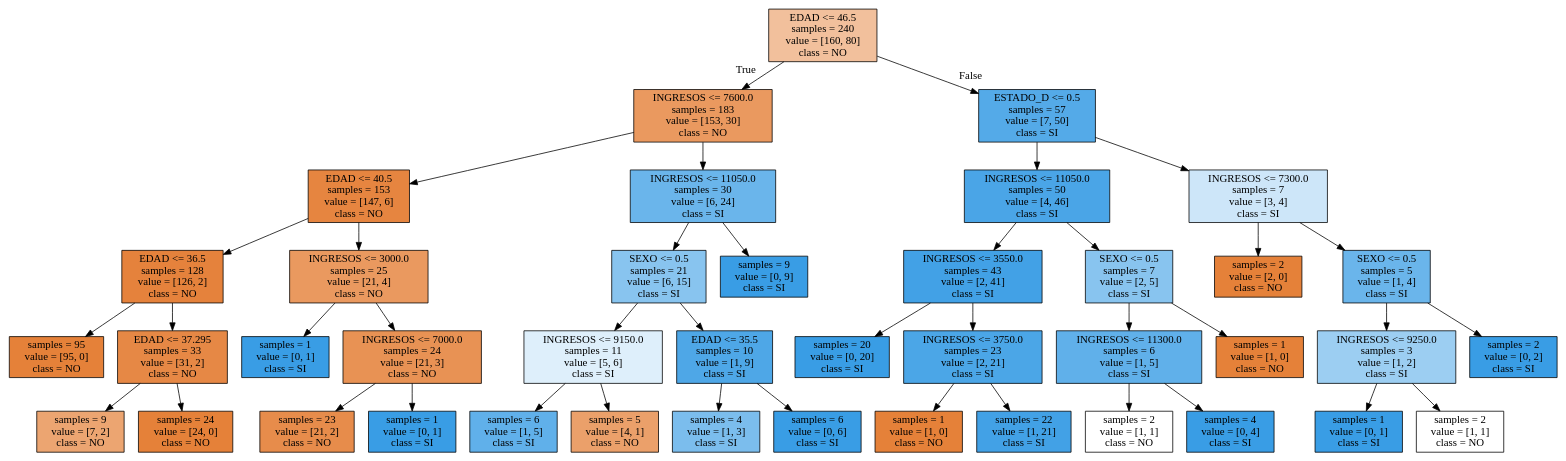
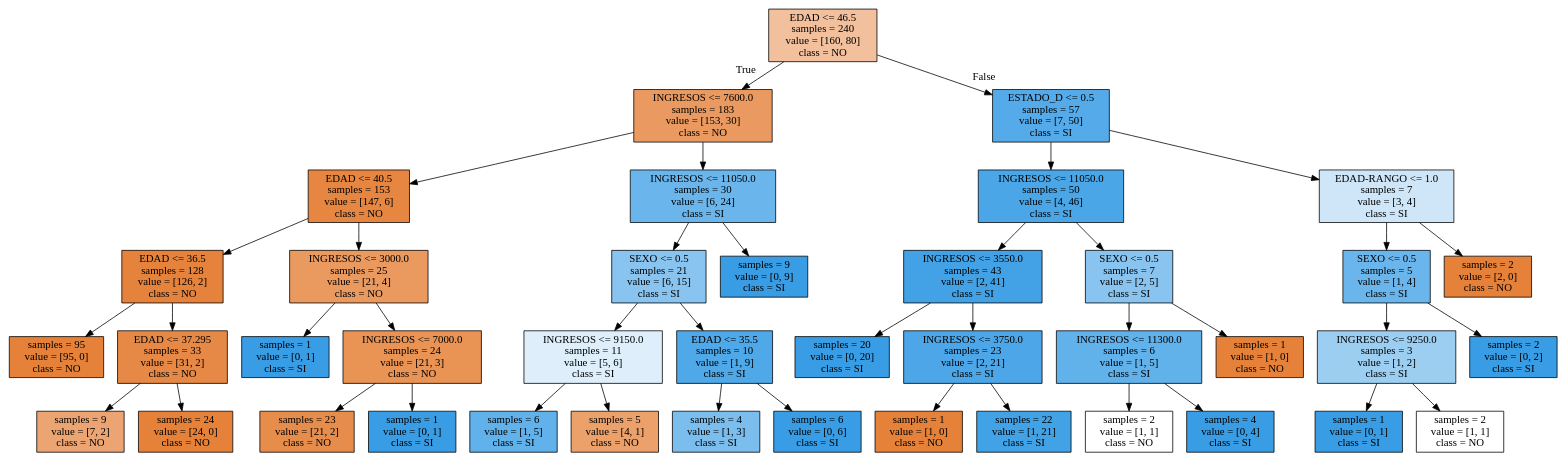
Before and after one commit to kendalvictor/tests_courses_research: the diagram in courses - workshops/Full Stack/arbol.dot, drawn with Graphviz. The commit also changed 35 other files, not shown here.

```diff
--- a/courses - workshops/Full Stack/arbol.dot
+++ b/courses - workshops/Full Stack/arbol.dot
@@ -1,84 +1,84 @@
 digraph Tree {
 node [shape=box, style="filled", color="black"] ;
-0 [label="EDAD <= 46.5\nsamples = 240\nvalue = [160, 80]\nclass = NO", fillcolor="#e581397f"] ;
-1 [label="INGRESOS <= 7600.0\nsamples = 183\nvalue = [153, 30]\nclass = NO", fillcolor="#e58139cd"] ;
+0 [label="EDAD <= 46.5\nsamples = 240\nvalue = [160, 80]\nclass = NO", fillcolor="#f2c09c"] ;
+1 [label="INGRESOS <= 7600.0\nsamples = 183\nvalue = [153, 30]\nclass = NO", fillcolor="#ea9a60"] ;
 0 -> 1 [labeldistance=2.5, labelangle=45, headlabel="True"] ;
-2 [label="EDAD <= 40.5\nsamples = 153\nvalue = [147, 6]\nclass = NO", fillcolor="#e58139f5"] ;
+2 [label="EDAD <= 40.5\nsamples = 153\nvalue = [147, 6]\nclass = NO", fillcolor="#e68641"] ;
 1 -> 2 ;
-3 [label="EDAD <= 36.5\nsamples = 128\nvalue = [126, 2]\nclass = NO", fillcolor="#e58139fb"] ;
+3 [label="EDAD <= 36.5\nsamples = 128\nvalue = [126, 2]\nclass = NO", fillcolor="#e5833c"] ;
 2 -> 3 ;
-4 [label="samples = 95\nvalue = [95, 0]\nclass = NO", fillcolor="#e58139ff"] ;
+4 [label="samples = 95\nvalue = [95, 0]\nclass = NO", fillcolor="#e58139"] ;
 3 -> 4 ;
-5 [label="EDAD <= 37.295\nsamples = 33\nvalue = [31, 2]\nclass = NO", fillcolor="#e58139ef"] ;
+5 [label="EDAD <= 37.295\nsamples = 33\nvalue = [31, 2]\nclass = NO", fillcolor="#e78946"] ;
 3 -> 5 ;
-6 [label="samples = 9\nvalue = [7, 2]\nclass = NO", fillcolor="#e58139b6"] ;
+6 [label="samples = 9\nvalue = [7, 2]\nclass = NO", fillcolor="#eca572"] ;
 5 -> 6 ;
-7 [label="samples = 24\nvalue = [24, 0]\nclass = NO", fillcolor="#e58139ff"] ;
+7 [label="samples = 24\nvalue = [24, 0]\nclass = NO", fillcolor="#e58139"] ;
 5 -> 7 ;
-8 [label="INGRESOS <= 3000.0\nsamples = 25\nvalue = [21, 4]\nclass = NO", fillcolor="#e58139ce"] ;
+8 [label="INGRESOS <= 3000.0\nsamples = 25\nvalue = [21, 4]\nclass = NO", fillcolor="#ea995f"] ;
 2 -> 8 ;
-9 [label="samples = 1\nvalue = [0, 1]\nclass = SI", fillcolor="#399de5ff"] ;
+9 [label="samples = 1\nvalue = [0, 1]\nclass = SI", fillcolor="#399de5"] ;
 8 -> 9 ;
-10 [label="INGRESOS <= 7000.0\nsamples = 24\nvalue = [21, 3]\nclass = NO", fillcolor="#e58139db"] ;
+10 [label="INGRESOS <= 7000.0\nsamples = 24\nvalue = [21, 3]\nclass = NO", fillcolor="#e99355"] ;
 8 -> 10 ;
-11 [label="samples = 23\nvalue = [21, 2]\nclass = NO", fillcolor="#e58139e7"] ;
+11 [label="samples = 23\nvalue = [21, 2]\nclass = NO", fillcolor="#e78d4c"] ;
 10 -> 11 ;
-12 [label="samples = 1\nvalue = [0, 1]\nclass = SI", fillcolor="#399de5ff"] ;
+12 [label="samples = 1\nvalue = [0, 1]\nclass = SI", fillcolor="#399de5"] ;
 10 -> 12 ;
-13 [label="INGRESOS <= 11050.0\nsamples = 30\nvalue = [6, 24]\nclass = SI", fillcolor="#399de5bf"] ;
+13 [label="INGRESOS <= 11050.0\nsamples = 30\nvalue = [6, 24]\nclass = SI", fillcolor="#6ab6ec"] ;
 1 -> 13 ;
-14 [label="SEXO <= 0.5\nsamples = 21\nvalue = [6, 15]\nclass = SI", fillcolor="#399de599"] ;
+14 [label="SEXO <= 0.5\nsamples = 21\nvalue = [6, 15]\nclass = SI", fillcolor="#88c4ef"] ;
 13 -> 14 ;
-15 [label="INGRESOS <= 9150.0\nsamples = 11\nvalue = [5, 6]\nclass = SI", fillcolor="#399de52a"] ;
+15 [label="INGRESOS <= 9150.0\nsamples = 11\nvalue = [5, 6]\nclass = SI", fillcolor="#deeffb"] ;
 14 -> 15 ;
-16 [label="samples = 6\nvalue = [1, 5]\nclass = SI", fillcolor="#399de5cc"] ;
+16 [label="samples = 6\nvalue = [1, 5]\nclass = SI", fillcolor="#61b1ea"] ;
 15 -> 16 ;
-17 [label="samples = 5\nvalue = [4, 1]\nclass = NO", fillcolor="#e58139bf"] ;
+17 [label="samples = 5\nvalue = [4, 1]\nclass = NO", fillcolor="#eca06a"] ;
 15 -> 17 ;
-18 [label="EDAD <= 35.5\nsamples = 10\nvalue = [1, 9]\nclass = SI", fillcolor="#399de5e3"] ;
+18 [label="EDAD <= 35.5\nsamples = 10\nvalue = [1, 9]\nclass = SI", fillcolor="#4fa8e8"] ;
 14 -> 18 ;
-19 [label="samples = 4\nvalue = [1, 3]\nclass = SI", fillcolor="#399de5aa"] ;
+19 [label="samples = 4\nvalue = [1, 3]\nclass = SI", fillcolor="#7bbeee"] ;
 18 -> 19 ;
-20 [label="samples = 6\nvalue = [0, 6]\nclass = SI", fillcolor="#399de5ff"] ;
+20 [label="samples = 6\nvalue = [0, 6]\nclass = SI", fillcolor="#399de5"] ;
 18 -> 20 ;
-21 [label="samples = 9\nvalue = [0, 9]\nclass = SI", fillcolor="#399de5ff"] ;
+21 [label="samples = 9\nvalue = [0, 9]\nclass = SI", fillcolor="#399de5"] ;
 13 -> 21 ;
-22 [label="ESTADO_D <= 0.5\nsamples = 57\nvalue = [7, 50]\nclass = SI", fillcolor="#399de5db"] ;
+22 [label="ESTADO_D <= 0.5\nsamples = 57\nvalue = [7, 50]\nclass = SI", fillcolor="#55abe9"] ;
 0 -> 22 [labeldistance=2.5, labelangle=-45, headlabel="False"] ;
-23 [label="INGRESOS <= 11050.0\nsamples = 50\nvalue = [4, 46]\nclass = SI", fillcolor="#399de5e9"] ;
+23 [label="INGRESOS <= 11050.0\nsamples = 50\nvalue = [4, 46]\nclass = SI", fillcolor="#4aa6e7"] ;
 22 -> 23 ;
-24 [label="INGRESOS <= 3550.0\nsamples = 43\nvalue = [2, 41]\nclass = SI", fillcolor="#399de5f3"] ;
+24 [label="INGRESOS <= 3550.0\nsamples = 43\nvalue = [2, 41]\nclass = SI", fillcolor="#43a2e6"] ;
 23 -> 24 ;
-25 [label="samples = 20\nvalue = [0, 20]\nclass = SI", fillcolor="#399de5ff"] ;
+25 [label="samples = 20\nvalue = [0, 20]\nclass = SI", fillcolor="#399de5"] ;
 24 -> 25 ;
-26 [label="INGRESOS <= 3750.0\nsamples = 23\nvalue = [2, 21]\nclass = SI", fillcolor="#399de5e7"] ;
+26 [label="INGRESOS <= 3750.0\nsamples = 23\nvalue = [2, 21]\nclass = SI", fillcolor="#4ca6e7"] ;
 24 -> 26 ;
-27 [label="samples = 1\nvalue = [1, 0]\nclass = NO", fillcolor="#e58139ff"] ;
+27 [label="samples = 1\nvalue = [1, 0]\nclass = NO", fillcolor="#e58139"] ;
 26 -> 27 ;
-28 [label="samples = 22\nvalue = [1, 21]\nclass = SI", fillcolor="#399de5f3"] ;
+28 [label="samples = 22\nvalue = [1, 21]\nclass = SI", fillcolor="#42a2e6"] ;
 26 -> 28 ;
-29 [label="SEXO <= 0.5\nsamples = 7\nvalue = [2, 5]\nclass = SI", fillcolor="#399de599"] ;
+29 [label="SEXO <= 0.5\nsamples = 7\nvalue = [2, 5]\nclass = SI", fillcolor="#88c4ef"] ;
 23 -> 29 ;
-30 [label="INGRESOS <= 11300.0\nsamples = 6\nvalue = [1, 5]\nclass = SI", fillcolor="#399de5cc"] ;
+30 [label="INGRESOS <= 11300.0\nsamples = 6\nvalue = [1, 5]\nclass = SI", fillcolor="#61b1ea"] ;
 29 -> 30 ;
-31 [label="samples = 2\nvalue = [1, 1]\nclass = NO", fillcolor="#e5813900"] ;
+31 [label="samples = 2\nvalue = [1, 1]\nclass = NO", fillcolor="#ffffff"] ;
 30 -> 31 ;
-32 [label="samples = 4\nvalue = [0, 4]\nclass = SI", fillcolor="#399de5ff"] ;
+32 [label="samples = 4\nvalue = [0, 4]\nclass = SI", fillcolor="#399de5"] ;
 30 -> 32 ;
-33 [label="samples = 1\nvalue = [1, 0]\nclass = NO", fillcolor="#e58139ff"] ;
+33 [label="samples = 1\nvalue = [1, 0]\nclass = NO", fillcolor="#e58139"] ;
 29 -> 33 ;
-34 [label="INGRESOS <= 7300.0\nsamples = 7\nvalue = [3, 4]\nclass = SI", fillcolor="#399de540"] ;
+34 [label="EDAD-RANGO <= 1.0\nsamples = 7\nvalue = [3, 4]\nclass = SI", fillcolor="#cee6f8"] ;
 22 -> 34 ;
-35 [label="samples = 2\nvalue = [2, 0]\nclass = NO", fillcolor="#e58139ff"] ;
+35 [label="SEXO <= 0.5\nsamples = 5\nvalue = [1, 4]\nclass = SI", fillcolor="#6ab6ec"] ;
 34 -> 35 ;
-36 [label="SEXO <= 0.5\nsamples = 5\nvalue = [1, 4]\nclass = SI", fillcolor="#399de5bf"] ;
-34 -> 36 ;
-37 [label="INGRESOS <= 9250.0\nsamples = 3\nvalue = [1, 2]\nclass = SI", fillcolor="#399de57f"] ;
+36 [label="INGRESOS <= 9250.0\nsamples = 3\nvalue = [1, 2]\nclass = SI", fillcolor="#9ccef2"] ;
+35 -> 36 ;
+37 [label="samples = 1\nvalue = [0, 1]\nclass = SI", fillcolor="#399de5"] ;
 36 -> 37 ;
-38 [label="samples = 1\nvalue = [0, 1]\nclass = SI", fillcolor="#399de5ff"] ;
-37 -> 38 ;
-39 [label="samples = 2\nvalue = [1, 1]\nclass = NO", fillcolor="#e5813900"] ;
-37 -> 39 ;
-40 [label="samples = 2\nvalue = [0, 2]\nclass = SI", fillcolor="#399de5ff"] ;
-36 -> 40 ;
+38 [label="samples = 2\nvalue = [1, 1]\nclass = NO", fillcolor="#ffffff"] ;
+36 -> 38 ;
+39 [label="samples = 2\nvalue = [0, 2]\nclass = SI", fillcolor="#399de5"] ;
+35 -> 39 ;
+40 [label="samples = 2\nvalue = [2, 0]\nclass = NO", fillcolor="#e58139"] ;
+34 -> 40 ;
 }
```
